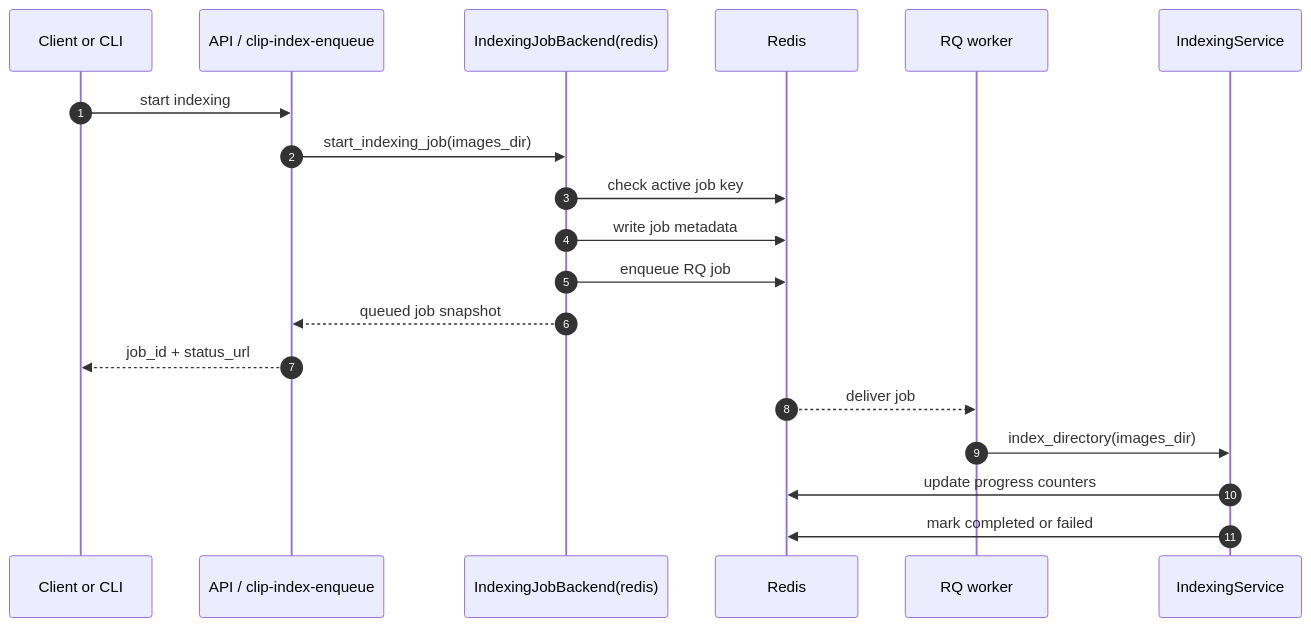
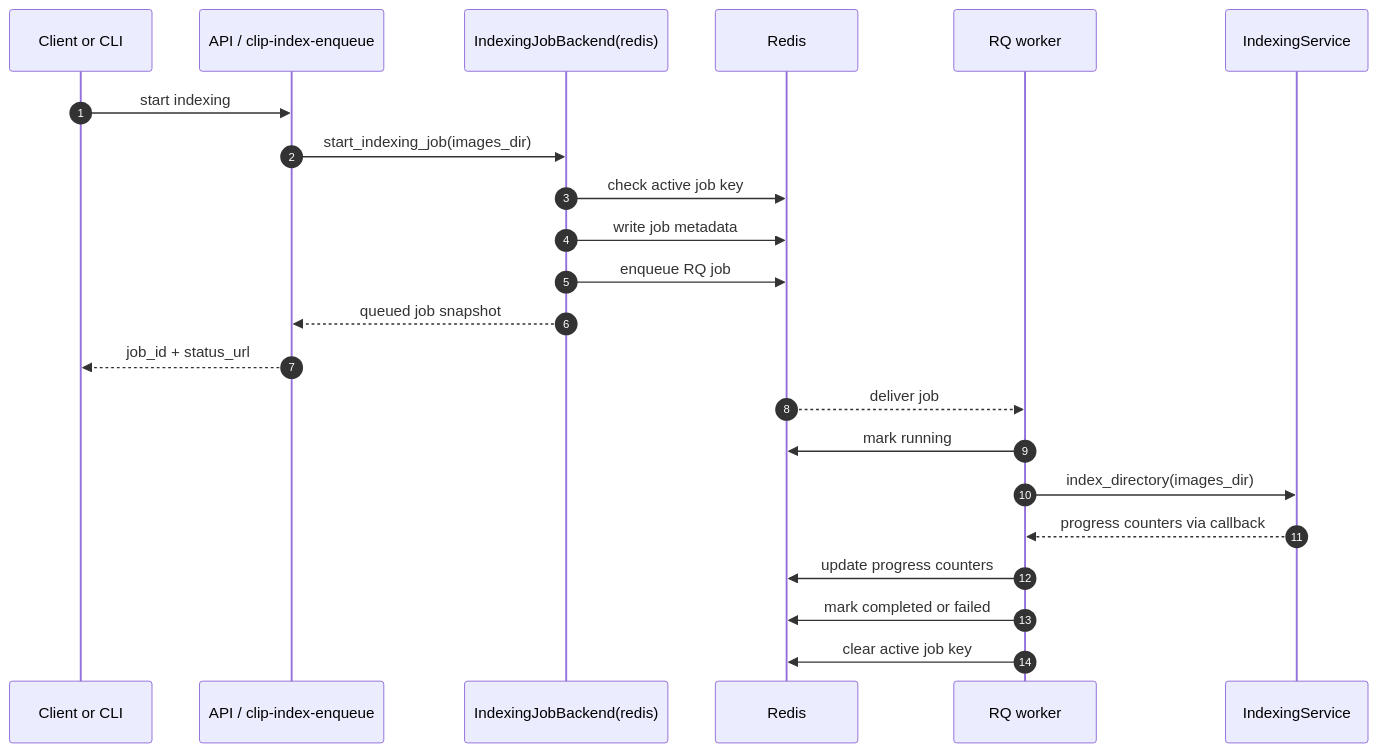
One commit to awun0105/CLIP-Image-Retrieval-Gradio-App changed the sixth of 10 diagrams in docs/EN/data-flow.md. Above: the diagram before and after it, drawn with Mermaid. The commit also changed other lines of this file, not shown here.

Commit message:
docs: clarify current data flow behavior

````diff
--- a/docs/EN/data-flow.md
+++ b/docs/EN/data-flow.md
@@ -209,22 +220,25 @@
 ```mermaid
 sequenceDiagram
     autonumber
     participant C as Client or CLI
     participant API as API / clip-index-enqueue
     participant Jobs as IndexingJobBackend(redis)
     participant Redis as Redis
     participant RQ as RQ worker
     participant IX as IndexingService
 
     C->>API: start indexing
     API->>Jobs: start_indexing_job(images_dir)
     Jobs->>Redis: check active job key
     Jobs->>Redis: write job metadata
     Jobs->>Redis: enqueue RQ job
     Jobs-->>API: queued job snapshot
     API-->>C: job_id + status_url
     Redis-->>RQ: deliver job
+    RQ->>Redis: mark running
     RQ->>IX: index_directory(images_dir)
-    IX->>Redis: update progress counters
-    IX->>Redis: mark completed or failed
+    IX-->>RQ: progress counters via callback
+    RQ->>Redis: update progress counters
+    RQ->>Redis: mark completed or failed
+    RQ->>Redis: clear active job key
 ```
````
